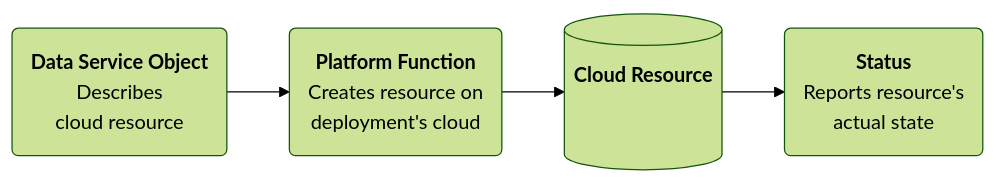
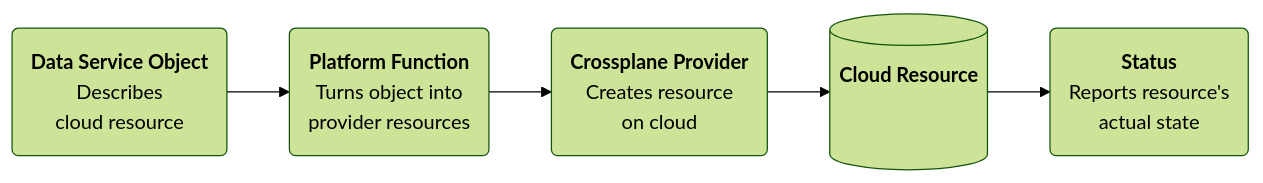
One commit to entigolabs/platform-apis changed the diagram in docs/data-service-apis/README.md. Above: the diagram before and after it, drawn with Mermaid (forest theme). The commit also changed other lines of this file and 17 other files, not shown here.

````diff
--- a/docs/data-service-apis/README.md
+++ b/docs/data-service-apis/README.md
@@ -8,12 +8,14 @@
 ```mermaid
 flowchart LR
   object("<b>Data Service Object</b><br/>Describes<br/>cloud resource")
-  function("<b>Platform Function</b><br/>Creates resource on<br/>deployment's cloud")
+  function("<b>Platform Function</b><br/>Turns object into<br/>provider resources")
+  provider("<b>Crossplane Provider</b><br/>Creates resource<br/>on cloud")
   resource[("<b>Cloud Resource</b><br/>&nbsp;<br/>&nbsp;")]
   status("<b>Status</b><br/>Reports resource's<br/>actual state")
-  object --> function --> resource --> status
+  object --> function --> provider --> resource --> status
   class object user
   class function platform
+  class provider platform
   class resource cloud
   class status app
 ```
````
